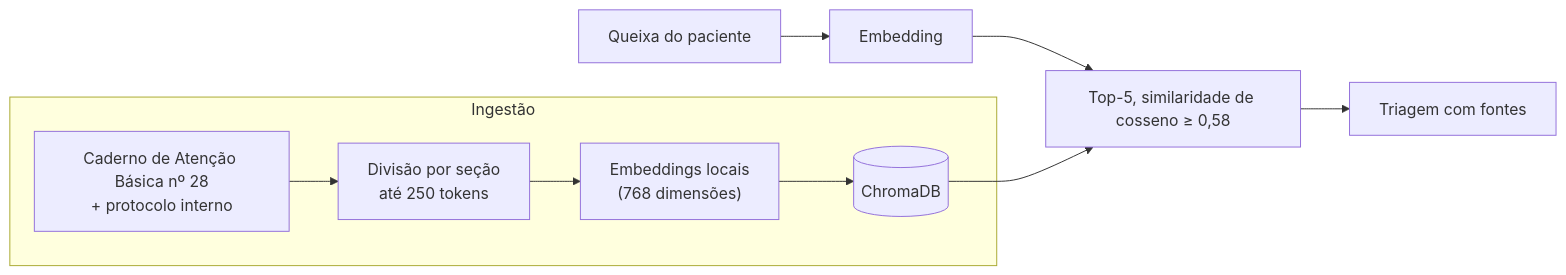
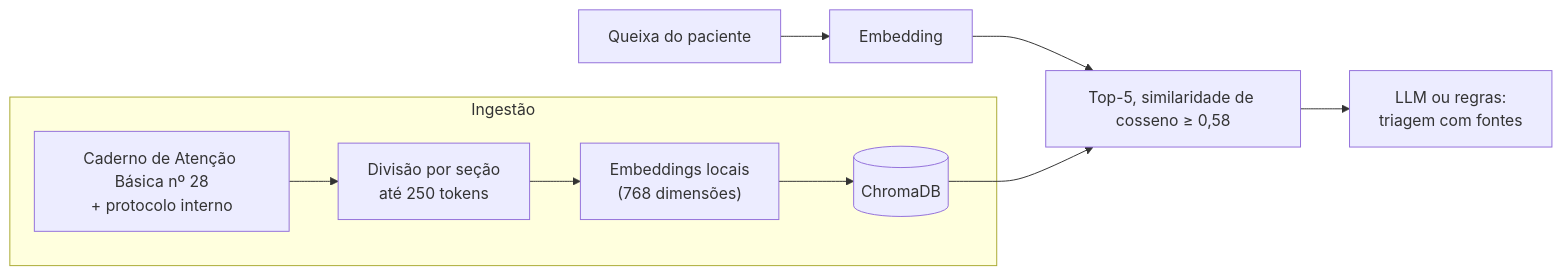
The diagram in docs/arquitetura/rag-triagem.md (multiheros/saude-conecta), drawn with Mermaid before and after one commit. The commit also changed other lines of this file and 4 other files, not shown here.

Commit message:
docs: descreve o LLM da Triagem e atualiza o contrato

````diff
--- a/docs/arquitetura/rag-triagem.md
+++ b/docs/arquitetura/rag-triagem.md
@@ -5,9 +5,9 @@
 ```mermaid
 flowchart LR
   subgraph ING["Ingestão"]
     P["Caderno de Atenção Básica nº 28<br/>+ protocolo interno"] --> D["Divisão por seção<br/>até 250 tokens"]
     D --> E1["Embeddings locais<br/>(768 dimensões)"] --> C[("ChromaDB")]
   end
   Q["Queixa do paciente"] --> E2["Embedding"] --> B["Top-5, similaridade de cosseno ≥ 0,58"]
-  C --> B --> T["Triagem com fontes"]
+  C --> B --> T["LLM ou regras:<br/>triagem com fontes"]
 ```
````
